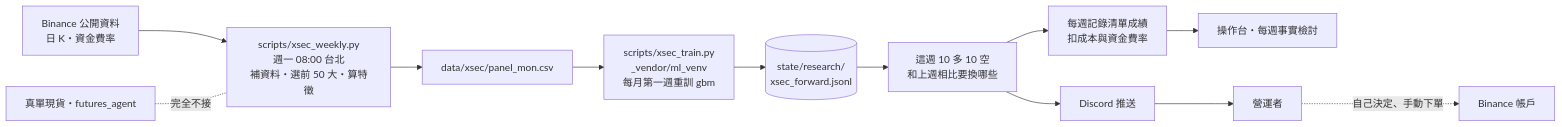
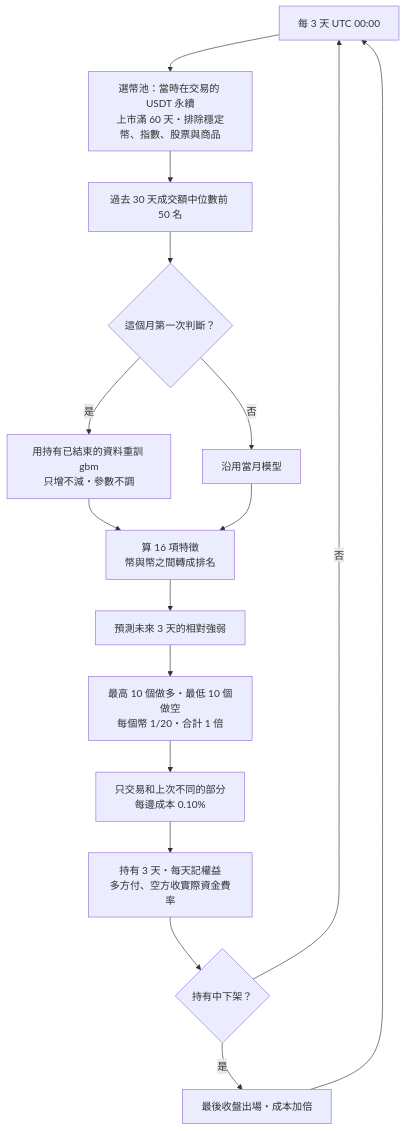
Before and after one commit to ShanHugo/Crypto_agent: diagram 19 of 20 in docs/DESIGN.md, drawn with Mermaid. The commit also changed other lines of this file and 4 other files, not shown here.

````diff
--- a/docs/DESIGN.md
+++ b/docs/DESIGN.md
@@ -1495,14 +1592,18 @@
 ```mermaid
-flowchart LR
-  API[Binance 公開資料<br/>日 K・資金費率] --> F[scripts/xsec_weekly.py<br/>週一 08:00 台北<br/>補資料・選前 50 大・算特徵]
-  F --> CSV[data/xsec/panel_mon.csv]
-  CSV --> T[scripts/xsec_train.py<br/>_vendor/ml_venv<br/>每月第一週重訓 gbm]
-  T --> P[(state/research/<br/>xsec_forward.jsonl)]
-  P --> L[這週 10 多 10 空<br/>和上週相比要換哪些]
-  L --> D[Discord 推送]
-  L --> R[每週記錄清單成績<br/>扣成本與資金費率]
-  R --> C[操作台・每週事實檢討]
-  D --> U[營運者]
-  U -. 自己決定、手動下單 .-> B[Binance 帳戶]
-  X[真單現貨・futures_agent] -.完全不接.- F
+flowchart TD
+  A[每 3 天 UTC 00:00] --> B[選幣池：當時在交易的 USDT 永續<br/>上市滿 60 天・排除穩定幣、指數、股票與商品]
+  B --> C[過去 30 天成交額中位數前 50 名]
+  C --> D{這個月第一次判斷？}
+  D -- 是 --> E[用持有已結束的資料重訓 gbm<br/>只增不減・參數不調]
+  D -- 否 --> F[沿用當月模型]
+  E --> G[算 16 項特徵<br/>幣與幣之間轉成排名]
+  F --> G
+  G --> H[預測未來 3 天的相對強弱]
+  H --> I[最高 10 個做多・最低 10 個做空<br/>每個幣 1/20・合計 1 倍]
+  I --> J[只交易和上次不同的部分<br/>每邊成本 0.10%]
+  J --> K[持有 3 天・每天記權益<br/>多方付、空方收實際資金費率]
+  K --> L{持有中下架？}
+  L -- 是 --> M[最後收盤出場・成本加倍]
+  L -- 否 --> A
+  M --> A
 ```
````
